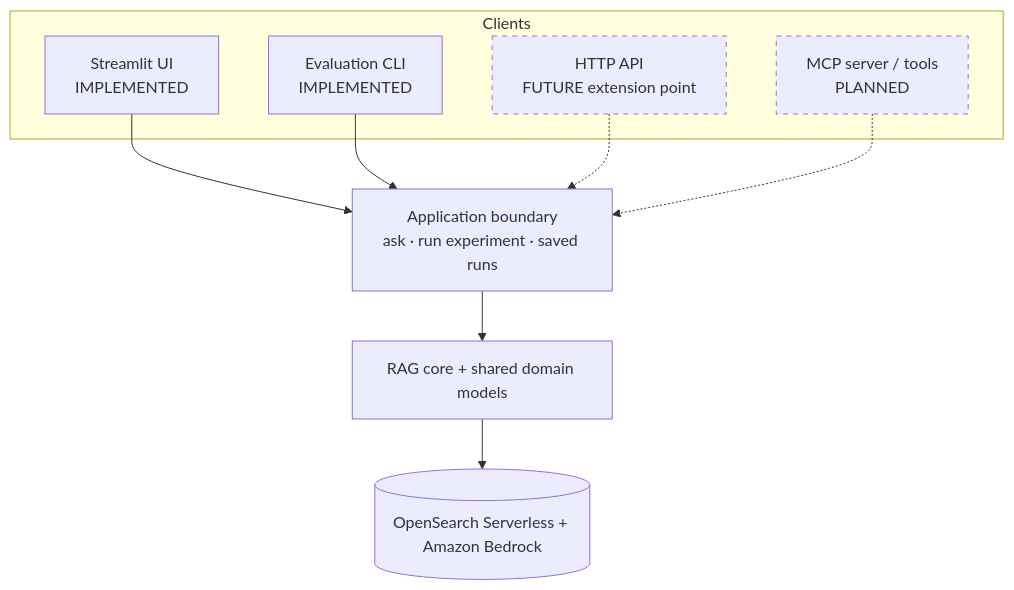
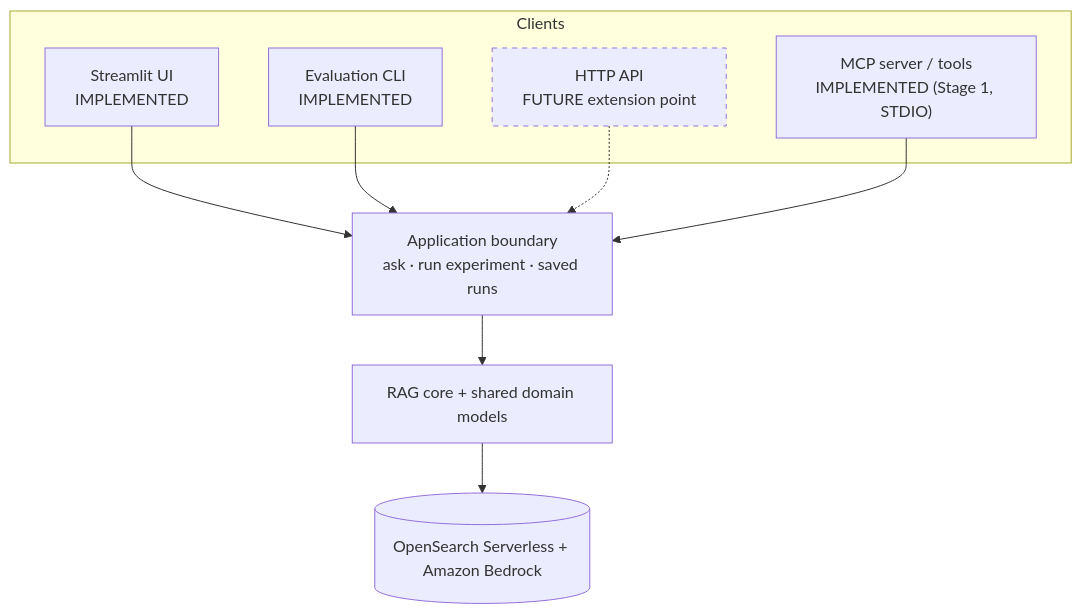
One commit to mosheostro/Novaops-intelligent-RAG changed the fifth of 5 diagrams in docs/project-overview.md. Above: the diagram before and after it, drawn with Mermaid. The commit also changed other lines of this file and 19 other files, not shown here.

Commit message:
feat: add Stage 1 MCP server and client

````diff
--- a/docs/project-overview.md
+++ b/docs/project-overview.md
@@ -268,23 +270,23 @@
 ```mermaid
 flowchart TB
     subgraph clients["Clients"]
         st["Streamlit UI<br/>IMPLEMENTED"]
         cli["Evaluation CLI<br/>IMPLEMENTED"]
         api["HTTP API<br/>FUTURE extension point"]
-        mcp["MCP server / tools<br/>PLANNED"]
+        mcp["MCP server / tools<br/>IMPLEMENTED (Stage 1, STDIO)"]
     end
 
     boundary["Application boundary<br/>ask · run experiment · saved runs"]
     core["RAG core + shared domain models"]
     ext[("OpenSearch Serverless + Amazon Bedrock")]
 
     st --> boundary
     cli --> boundary
     api -.-> boundary
-    mcp -.-> boundary
+    mcp --> boundary
     boundary --> core
     core --> ext
 
     classDef future stroke-dasharray: 5 5
-    class api,mcp future
+    class api future
 ```
````
